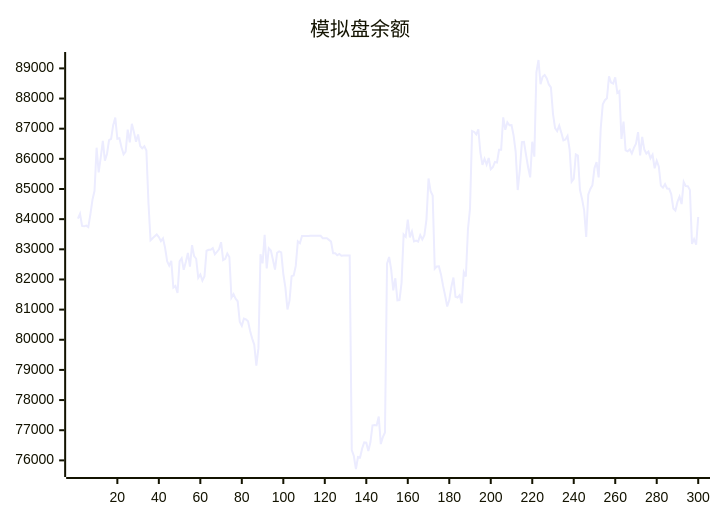
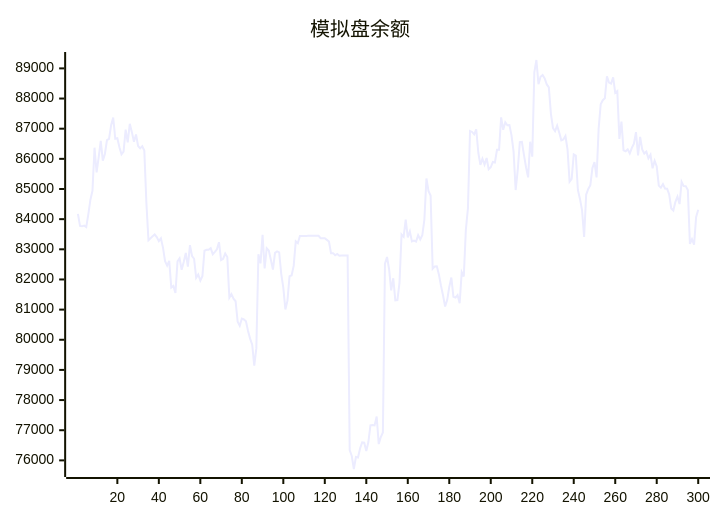
One commit to aahl/ai-trading changed the diagram in README.md. Above: the diagram before and after it, drawn with Mermaid. The commit also changed other lines of this file and 1 other file, not shown here.

````diff
--- a/README.md
+++ b/README.md
@@ -5,5 +5,5 @@
 ```mermaid
 xychart
     title "模拟盘余额"
-    line [84019,84177,83775,83762,83785,83738,84160,84639,84939,86370,85548,86046,86599,85942,86161,86622,86664,87115,87369,86666,86685,86384,86152,86243,86969,86548,87164,86885,86566,86809,86427,86348,86417,86273,84538,83299,83369,83430,83490,83404,83270,83362,83056,82605,82459,82614,81734,81788,81551,82598,82702,82320,82580,82878,82426,83139,82778,82686,82056,82166,81963,82110,82951,82983,82984,83038,82838,82915,82998,83235,82642,82682,82858,82746,81396,81512,81362,81277,80600,80461,80699,80673,80616,80288,80038,79836,79142,79722,82837,82533,83480,82366,83032,82960,82654,82330,82883,82934,82901,82188,81728,81005,81298,82110,82135,82449,83264,83203,83440,83439,83440,83440,83446,83447,83448,83447,83448,83449,83369,83369,83369,83313,83256,82872,82873,82801,82844,82785,82791,82791,82793,82794,76339,76145,75714,76110,76096,76397,76594,76585,76310,76607,77160,77170,77160,77456,76541,76774,76927,82520,82744,82337,81639,82040,81307,81314,81887,83490,83414,83984,83396,83594,83261,83287,83253,83470,83327,83465,83987,85348,84930,84786,82355,82433,82438,82167,81795,81466,81105,81315,81756,82064,81426,81398,81481,81210,82242,82099,83658,84359,86925,86892,86814,86980,86203,85802,86003,85811,86028,85657,85721,85896,85880,86300,86299,87378,86965,87214,87115,87118,86780,86238,84966,85623,86555,86562,86129,85722,85387,86569,86070,88870,89278,88477,88720,88781,88668,88467,88372,87493,87018,86917,87102,86870,86613,86644,86758,86317,85242,85334,86149,86106,84968,84671,84302,83410,84816,85001,85127,85693,85891,85384,87001,87811,87945,88007,88734,88528,88495,88705,88189,88248,86662,87234,86279,86251,86314,86177,86364,86503,86886,86114,86731,86310,86176,86240,86017,86136,85685,85938,85749,85111,85044,85164,85016,85008,84824,84354,84287,84572,84745,84500,85234,85096,85095,84970,83180,83338,83157,84070]
+    line [84177,83775,83762,83785,83738,84160,84639,84939,86370,85548,86046,86599,85942,86161,86622,86664,87115,87369,86666,86685,86384,86152,86243,86969,86548,87164,86885,86566,86809,86427,86348,86417,86273,84538,83299,83369,83430,83490,83404,83270,83362,83056,82605,82459,82614,81734,81788,81551,82598,82702,82320,82580,82878,82426,83139,82778,82686,82056,82166,81963,82110,82951,82983,82984,83038,82838,82915,82998,83235,82642,82682,82858,82746,81396,81512,81362,81277,80600,80461,80699,80673,80616,80288,80038,79836,79142,79722,82837,82533,83480,82366,83032,82960,82654,82330,82883,82934,82901,82188,81728,81005,81298,82110,82135,82449,83264,83203,83440,83439,83440,83440,83446,83447,83448,83447,83448,83449,83369,83369,83369,83313,83256,82872,82873,82801,82844,82785,82791,82791,82793,82794,76339,76145,75714,76110,76096,76397,76594,76585,76310,76607,77160,77170,77160,77456,76541,76774,76927,82520,82744,82337,81639,82040,81307,81314,81887,83490,83414,83984,83396,83594,83261,83287,83253,83470,83327,83465,83987,85348,84930,84786,82355,82433,82438,82167,81795,81466,81105,81315,81756,82064,81426,81398,81481,81210,82242,82099,83658,84359,86925,86892,86814,86980,86203,85802,86003,85811,86028,85657,85721,85896,85880,86300,86299,87378,86965,87214,87115,87118,86780,86238,84966,85623,86555,86562,86129,85722,85387,86569,86070,88870,89278,88477,88720,88781,88668,88467,88372,87493,87018,86917,87102,86870,86613,86644,86758,86317,85242,85334,86149,86106,84968,84671,84302,83410,84816,85001,85127,85693,85891,85384,87001,87811,87945,88007,88734,88528,88495,88705,88189,88248,86662,87234,86279,86251,86314,86177,86364,86503,86886,86114,86731,86310,86176,86240,86017,86136,85685,85938,85749,85111,85044,85164,85016,85008,84824,84354,84287,84572,84745,84500,85234,85096,85095,84970,83180,83338,83157,84070,84309]
 ```
````
